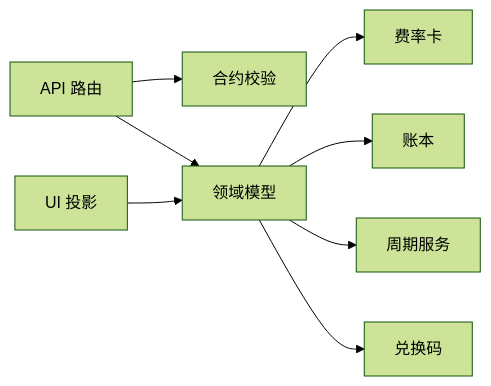
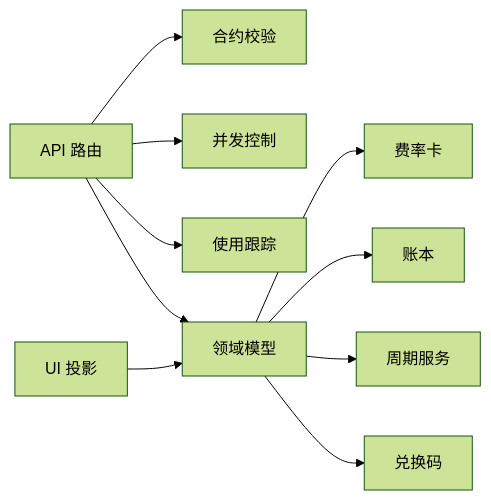
The fifth of 5 diagrams in .qoder/repowiki/zh/content/数据库设计/数据库计费模式设计.md (scottcwy/PurpleInk), drawn with Mermaid (forest theme) before and after one commit. The commit also changed other lines of this file and 23 other files, not shown here.

````diff
--- a/.qoder/repowiki/zh/content/数据库设计/数据库计费模式设计.md
+++ b/.qoder/repowiki/zh/content/数据库设计/数据库计费模式设计.md
@@ -256,10 +319,12 @@
 ```mermaid
 graph LR
 API["API 路由"] --> Contracts["合约校验"]
+API --> Concurrency["并发控制"]
+API --> Tracking["使用跟踪"]
 API --> Domain["领域模型"]
 Domain --> RateCard["费率卡"]
 Domain --> Ledger["账本"]
 Domain --> Period["周期服务"]
 Domain --> Redemption["兑换码"]
 UI["UI 投影"] --> Domain
 ```
````
